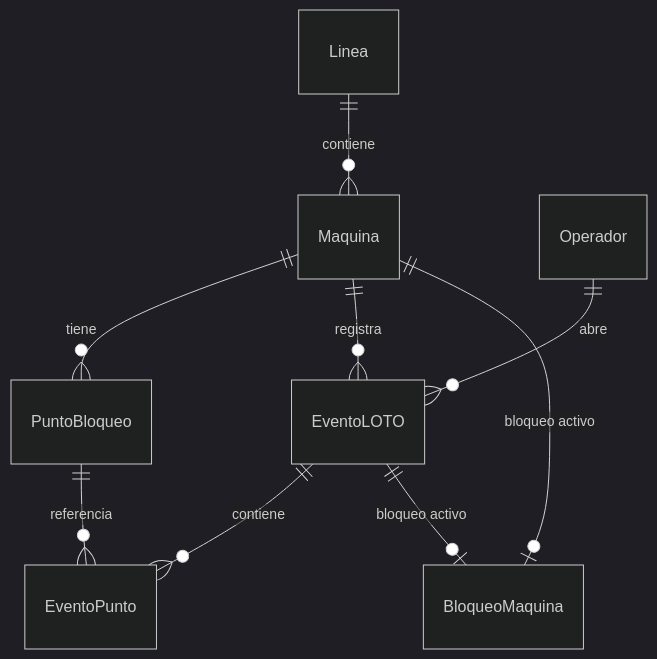
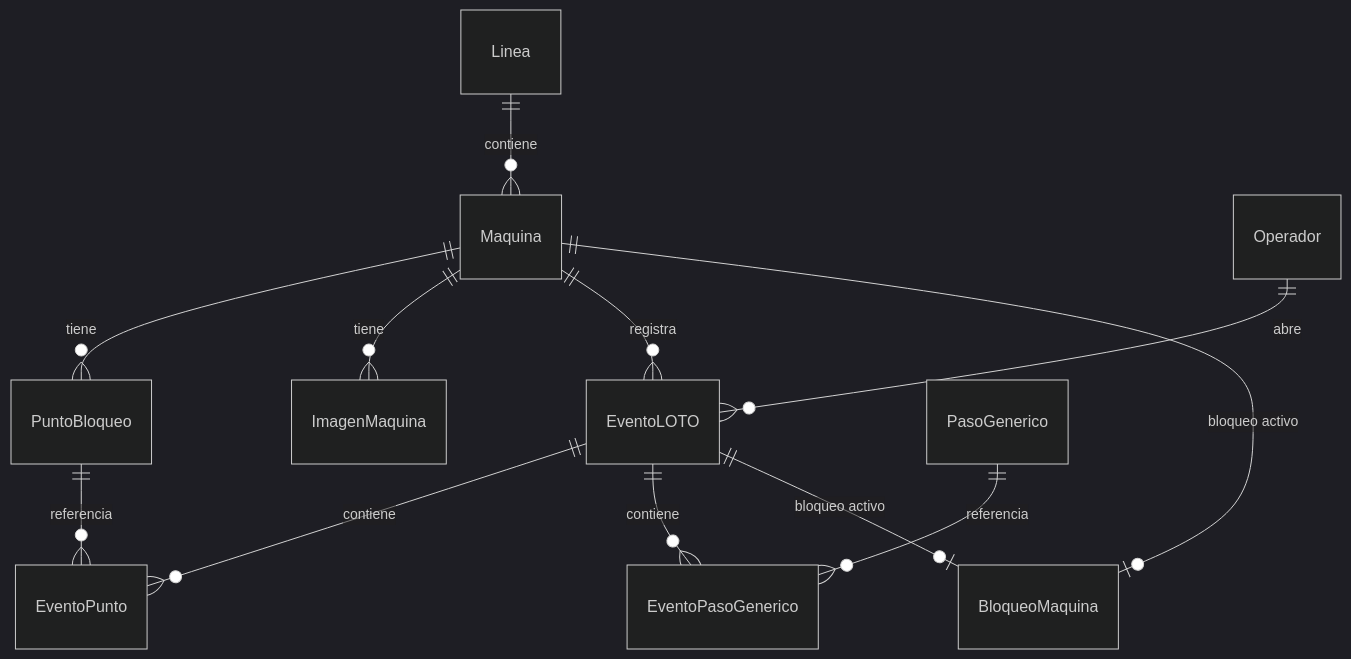
One commit to TheRealCE1/LOTOdigital changed the first of 2 diagrams in README.md. Above: the diagram before and after it, drawn with Mermaid (dark theme). The commit also changed other lines of this file, not shown here.

````diff
--- a/README.md
+++ b/README.md
@@ -94,11 +77,14 @@
 ```mermaid
 erDiagram
     Linea ||--o{ Maquina : contiene
     Maquina ||--o{ PuntoBloqueo : tiene
+    Maquina ||--o{ ImagenMaquina : tiene
     Maquina ||--o{ EventoLOTO : registra
     Maquina ||--o| BloqueoMaquina : "bloqueo activo"
     Operador ||--o{ EventoLOTO : abre
     EventoLOTO ||--o{ EventoPunto : contiene
+    EventoLOTO ||--o{ EventoPasoGenerico : contiene
     EventoLOTO ||--o| BloqueoMaquina : "bloqueo activo"
     PuntoBloqueo ||--o{ EventoPunto : referencia
+    PasoGenerico ||--o{ EventoPasoGenerico : referencia
 ```
````
